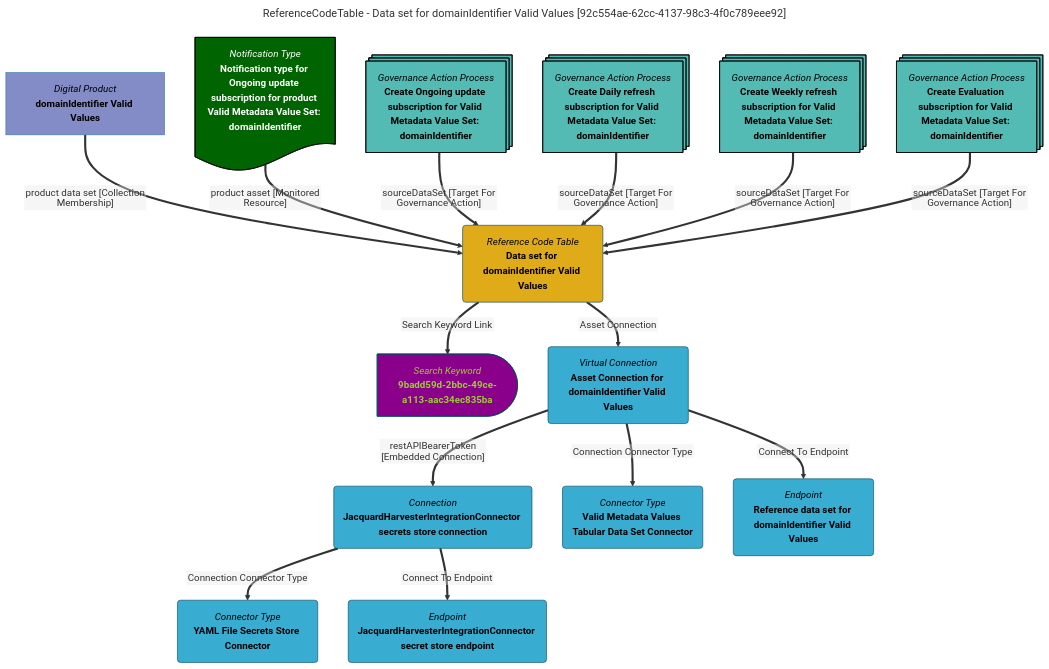
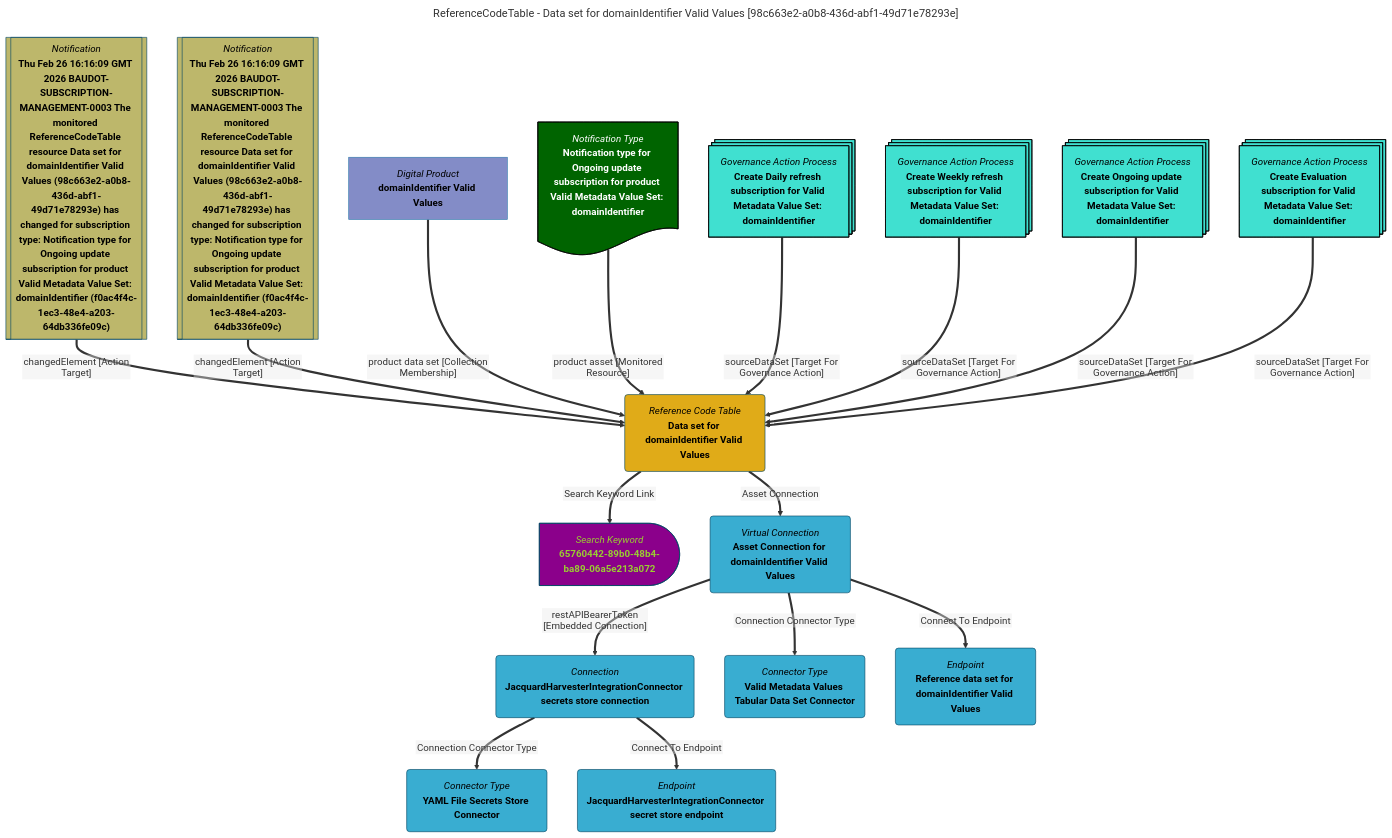
Before and after one commit to odpi/egeria-docs: the diagram in site/snippets/data-assets/data-set-for-domainidentifier-valid-values-mermaid-graph.md, drawn with Mermaid. The commit also changed 2201 other files, not shown here.

````diff
--- a/site/snippets/data-assets/data-set-for-domainidentifier-valid-values-mermaid-graph.md
+++ b/site/snippets/data-assets/data-set-for-domainidentifier-valid-values-mermaid-graph.md
@@ -1,63 +1,71 @@
 ```mermaid
 ---
-title: ReferenceCodeTable - Data set for domainIdentifier Valid Values [92c554ae-62cc-4137-98c3-4f0c789eee92]
+title: ReferenceCodeTable - Data set for domainIdentifier Valid Values [98c663e2-a0b8-436d-abf1-49d71e78293e]
 ---
 flowchart TD
 %%{init: {"flowchart": {"htmlLabels": false}} }%%
 
 1@{ shape: rounded, label: "*Reference Code Table*
 **Data set for domainIdentifier Valid Values**"}
 2@{ shape: delay, label: "*Search Keyword*
-**9badd59d-2bbc-49ce-a113-aac34ec835ba**"}
+**65760442-89b0-48b4-ba89-06a5e213a072**"}
 1==>|"Search Keyword Link"|2
-3@{ shape: rect, label: "*Digital Product*
+3@{ shape: subproc, label: "*Notification*
+**Thu Feb 26 16:16:09 GMT 2026 BAUDOT-SUBSCRIPTION-MANAGEMENT-0003 The monitored ReferenceCodeTable resource Data set for domainIdentifier Valid Values (98c663e2-a0b8-436d-abf1-49d71e78293e) has changed for subscription type: Notification type for Ongoing update subscription for product Valid Metadata Value Set: domainIdentifier (f0ac4f4c-1ec3-48e4-a203-64db336fe09c)**"}
+3==>|"changedElement [Action Target]"|1
+4@{ shape: subproc, label: "*Notification*
+**Thu Feb 26 16:16:09 GMT 2026 BAUDOT-SUBSCRIPTION-MANAGEMENT-0003 The monitored ReferenceCodeTable resource Data set for domainIdentifier Valid Values (98c663e2-a0b8-436d-abf1-49d71e78293e) has changed for subscription type: Notification type for Ongoing update subscription for product Valid Metadata Value Set: domainIdentifier (f0ac4f4c-1ec3-48e4-a203-64db336fe09c)**"}
+4==>|"changedElement [Action Target]"|1
+5@{ shape: rect, label: "*Digital Product*
 **domainIdentifier Valid Values**"}
-3==>|"product data set [Collection Membership]"|1
-4@{ shape: rounded, label: "*Virtual Connection*
+5==>|"product data set [Collection Membership]"|1
+6@{ shape: rounded, label: "*Virtual Connection*
 **Asset Connection for domainIdentifier Valid Values**"}
-1==>|"Asset Connection"|4
-5@{ shape: rounded, label: "*Connection*
+1==>|"Asset Connection"|6
+7@{ shape: rounded, label: "*Connection*
 **JacquardHarvesterIntegrationConnector secrets store connection**"}
-4==>|"restAPIBearerToken [Embedded Connection]"|5
-6@{ shape: rounded, label: "*Connector Type*
+6==>|"restAPIBearerToken [Embedded Connection]"|7
+8@{ shape: rounded, label: "*Connector Type*
 **YAML File Secrets Store Connector**"}
-5==>|"Connection Connector Type"|6
-7@{ shape: rounded, label: "*Endpoint*
+7==>|"Connection Connector Type"|8
+9@{ shape: rounded, label: "*Endpoint*
 **JacquardHarvesterIntegrationConnector secret store endpoint**"}
-5==>|"Connect To Endpoint"|7
-8@{ shape: rounded, label: "*Connector Type*
+7==>|"Connect To Endpoint"|9
+10@{ shape: rounded, label: "*Connector Type*
 **Valid Metadata Values Tabular Data Set Connector**"}
-4==>|"Connection Connector Type"|8
-9@{ shape: rounded, label: "*Endpoint*
+6==>|"Connection Connector Type"|10
+11@{ shape: rounded, label: "*Endpoint*
 **Reference data set for domainIdentifier Valid Values**"}
-4==>|"Connect To Endpoint"|9
-10@{ shape: doc, label: "*Notification Type*
+6==>|"Connect To Endpoint"|11
+12@{ shape: doc, label: "*Notification Type*
 **Notification type for Ongoing update subscription for product Valid Metadata Value Set: domainIdentifier**"}
-10==>|"product asset [Monitored Resource]"|1
-11@{ shape: processes, label: "*Governance Action Process*
-**Create Ongoing update subscription for Valid Metadata Value Set: domainIdentifier**"}
-11==>|"sourceDataSet [Target For Governance Action]"|1
-12@{ shape: processes, label: "*Governance Action Process*
+12==>|"product asset [Monitored Resource]"|1
+13@{ shape: processes, label: "*Governance Action Process*
 **Create Daily refresh subscription for Valid Metadata Value Set: domainIdentifier**"}
-12==>|"sourceDataSet [Target For Governance Action]"|1
-13@{ shape: processes, label: "*Governance Action Process*
-**Create Weekly refresh subscription for Valid Metadata Value Set: domainIdentifier**"}
 13==>|"sourceDataSet [Target For Governance Action]"|1
 14@{ shape: processes, label: "*Governance Action Process*
+**Create Weekly refresh subscription for Valid Metadata Value Set: domainIdentifier**"}
+14==>|"sourceDataSet [Target For Governance Action]"|1
+15@{ shape: processes, label: "*Governance Action Process*
+**Create Ongoing update subscription for Valid Metadata Value Set: domainIdentifier**"}
+15==>|"sourceDataSet [Target For Governance Action]"|1
+16@{ shape: processes, label: "*Governance Action Process*
 **Create Evaluation subscription for Valid Metadata Value Set: domainIdentifier**"}
-14==>|"sourceDataSet [Target For Governance Action]"|1
-style 11 color:#000000, fill:#53bbb4, stroke:#000000
-style 12 color:#000000, fill:#53bbb4, stroke:#000000
-style 13 color:#000000, fill:#53bbb4, stroke:#000000
-style 14 color:#000000, fill:#53bbb4, stroke:#000000
+16==>|"sourceDataSet [Target For Governance Action]"|1
+style 11 color:#000000, fill:#39add1, stroke:#004563
+style 12 color:#FFFFFF, fill:#006400, stroke:#000000
+style 13 color:#000000, fill:#40E0D0, stroke:#000000
+style 14 color:#000000, fill:#40E0D0, stroke:#000000
+style 15 color:#000000, fill:#40E0D0, stroke:#000000
+style 16 color:#000000, fill:#40E0D0, stroke:#000000
 style 1 color:#000000, fill:#e0ab18, stroke:#004563
-style 2 color:#9acd32, fill:#8b008b, stroke:#004563
-style 3 color:#000000, fill:#838cc7, stroke:#3079ab
-style 4 color:#000000, fill:#39add1, stroke:#004563
-style 5 color:#000000, fill:#39add1, stroke:#004563
+style 2 color:#9ACD32, fill:#8B008B, stroke:#004563
+style 3 color:#000000, fill:#BDB76B, stroke:#004563
+style 4 color:#000000, fill:#BDB76B, stroke:#004563
+style 5 color:#000000, fill:#838cc7, stroke:#3079ab
 style 6 color:#000000, fill:#39add1, stroke:#004563
 style 7 color:#000000, fill:#39add1, stroke:#004563
 style 8 color:#000000, fill:#39add1, stroke:#004563
 style 9 color:#000000, fill:#39add1, stroke:#004563
-style 10 color:#FFFFFF, fill:#006400, stroke:#000000
+style 10 color:#000000, fill:#39add1, stroke:#004563
 ```
````
